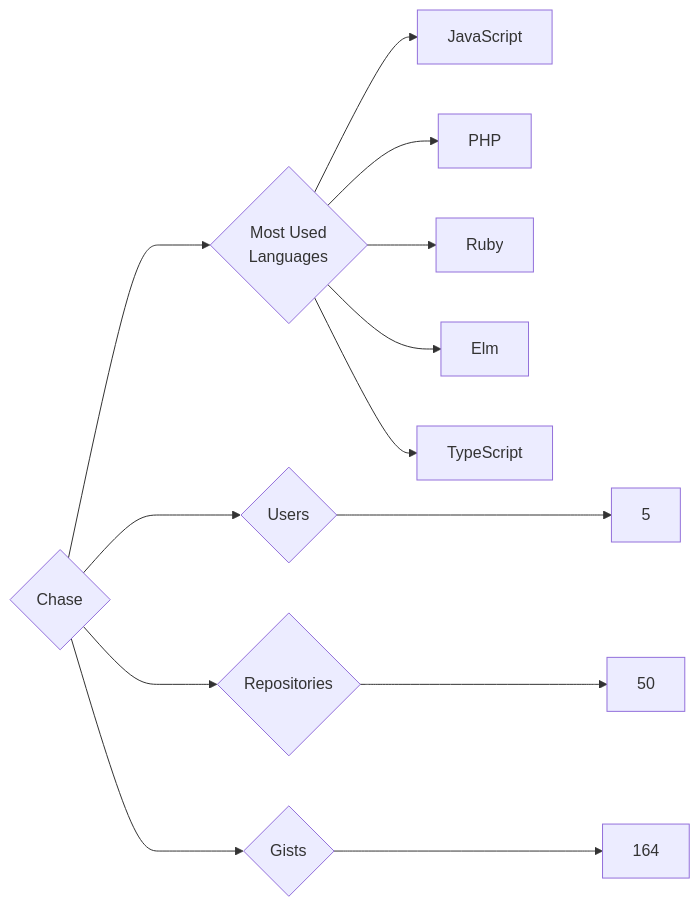
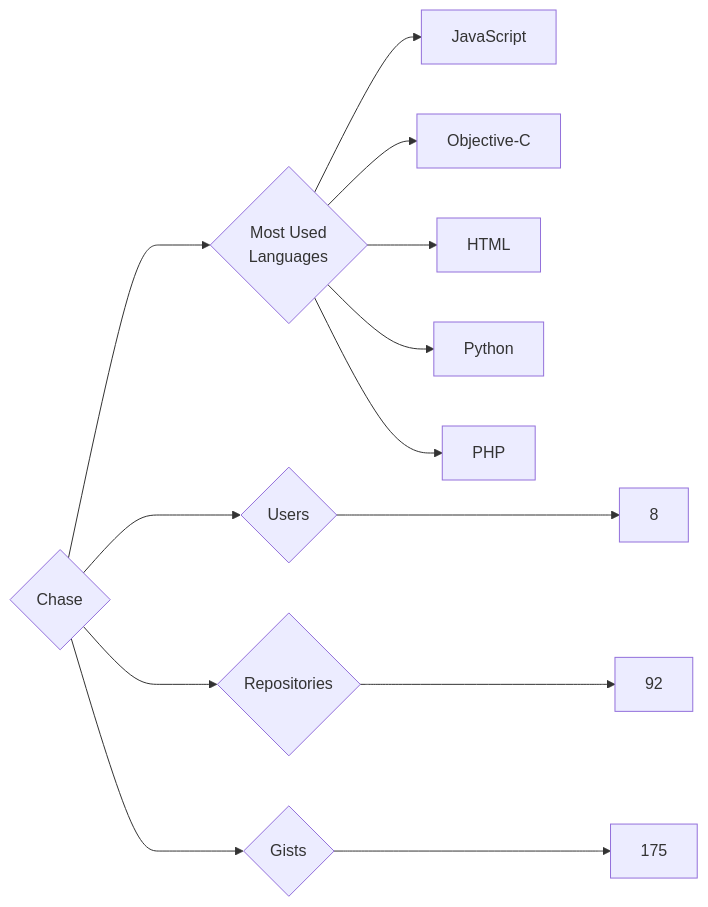
Before and after one commit to trickest/insiders: the diagram in targets/Chase/README.md, drawn with Mermaid. The commit also changed 938 other files, not shown here.

````diff
--- a/targets/Chase/README.md
+++ b/targets/Chase/README.md
@@ -3,13 +3,13 @@
 ```mermaid
 graph LR
 COMPANY_NAME{Chase}
-COMPANY_NAME ---> U{Users} ---> UN[5]
-COMPANY_NAME ---> R{Repositories} ---> RN[50]
-COMPANY_NAME ---> G{Gists} ---> GN[164]
+COMPANY_NAME ---> U{Users} ---> UN[8]
+COMPANY_NAME ---> R{Repositories} ---> RN[92]
+COMPANY_NAME ---> G{Gists} ---> GN[175]
 COMPANY_NAME ---> ML{Most Used<br>Languages}
 ML --> JavaScript[JavaScript]
+ML --> Objective-C[Objective-C]
+ML --> HTML[HTML]
+ML --> Python[Python]
 ML --> PHP[PHP]
-ML --> Ruby[Ruby]
-ML --> Elm[Elm]
-ML --> TypeScript[TypeScript]
 ```
````
